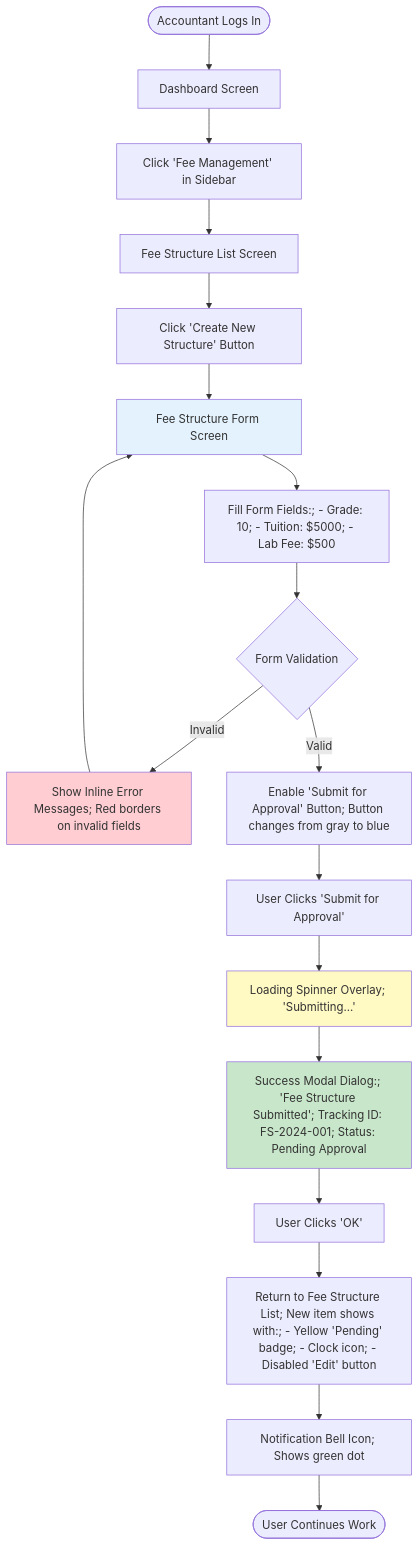
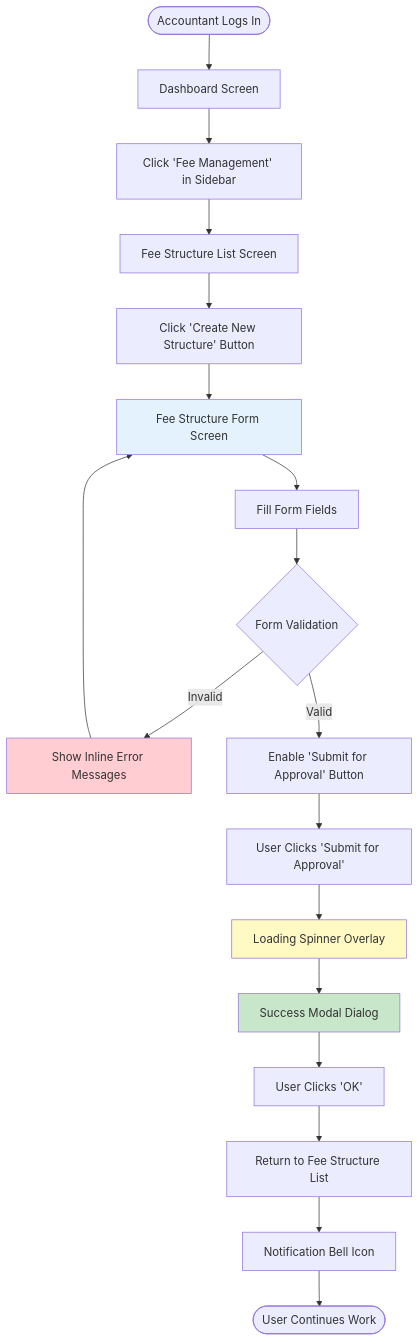
Before and after one commit to Armaan42/fee_management: the first of 7 diagrams in docs/modules/11-verification-workflow/USER_FLOWS.md, drawn with Mermaid. The commit also changed other lines of this file and 1 other file, not shown here.

First line of the commit message:
Fix Mermaid syntax - simplify all node labels

````diff
--- a/docs/modules/11-verification-workflow/USER_FLOWS.md
+++ b/docs/modules/11-verification-workflow/USER_FLOWS.md
@@ -22,34 +22,34 @@
 ```mermaid
 flowchart TD
     Start([Accountant Logs In]) --> Dashboard[Dashboard Screen]
     
     Dashboard --> ClickFee[Click 'Fee Management' in Sidebar]
     ClickFee --> FeeList[Fee Structure List Screen]
     
     FeeList --> ClickNew[Click 'Create New Structure' Button]
     ClickNew --> FormScreen[Fee Structure Form Screen]
     
-    FormScreen --> FillForm[Fill Form Fields:; - Grade: 10; - Tuition: $5000; - Lab Fee: $500]
+    FormScreen --> FillForm[Fill Form Fields]
     FillForm --> ValidateForm{Form Validation}
     
-    ValidateForm -->|Invalid| ShowErrors[Show Inline Error Messages; Red borders on invalid fields]
+    ValidateForm -->|Invalid| ShowErrors[Show Inline Error Messages]
     ShowErrors --> FormScreen
     
-    ValidateForm -->|Valid| EnableSubmit[Enable 'Submit for Approval' Button; Button changes from gray to blue]
+    ValidateForm -->|Valid| EnableSubmit[Enable 'Submit for Approval' Button]
     
     EnableSubmit --> ClickSubmit[User Clicks 'Submit for Approval']
-    ClickSubmit --> LoadingState[Loading Spinner Overlay; 'Submitting...']
+    ClickSubmit --> LoadingState[Loading Spinner Overlay]
     
-    LoadingState --> SuccessModal[Success Modal Dialog:; 'Fee Structure Submitted'; Tracking ID: FS-2024-001; Status: Pending Approval]
+    LoadingState --> SuccessModal[Success Modal Dialog]
     
     SuccessModal --> ClickOK[User Clicks 'OK']
-    ClickOK --> UpdatedList[Return to Fee Structure List; New item shows with:; - Yellow 'Pending' badge; - Clock icon; - Disabled 'Edit' button]
+    ClickOK --> UpdatedList[Return to Fee Structure List]
     
-    UpdatedList --> NotifBell[Notification Bell Icon; Shows green dot]
+    UpdatedList --> NotifBell[Notification Bell Icon]
     NotifBell --> End([User Continues Work])
     
     style FormScreen fill:#e3f2fd
     style SuccessModal fill:#c8e6c9
     style ShowErrors fill:#ffcdd2
     style LoadingState fill:#fff9c4
 ```
````
